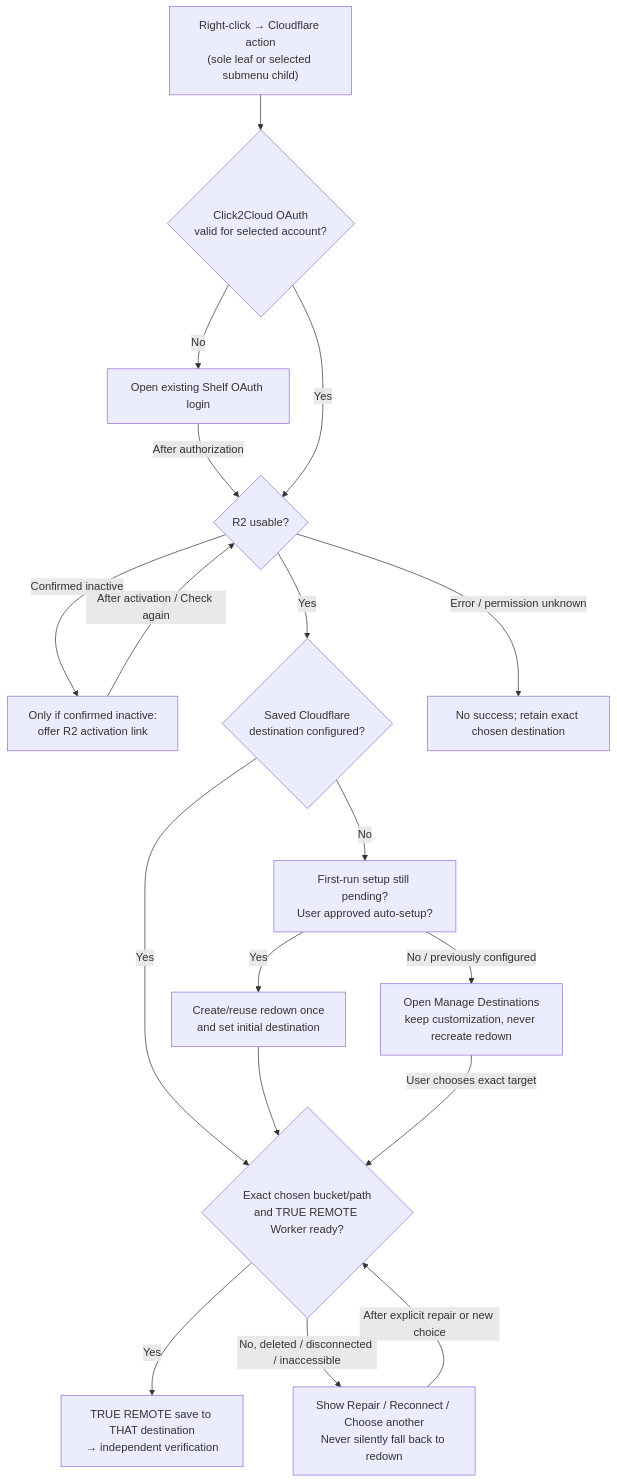
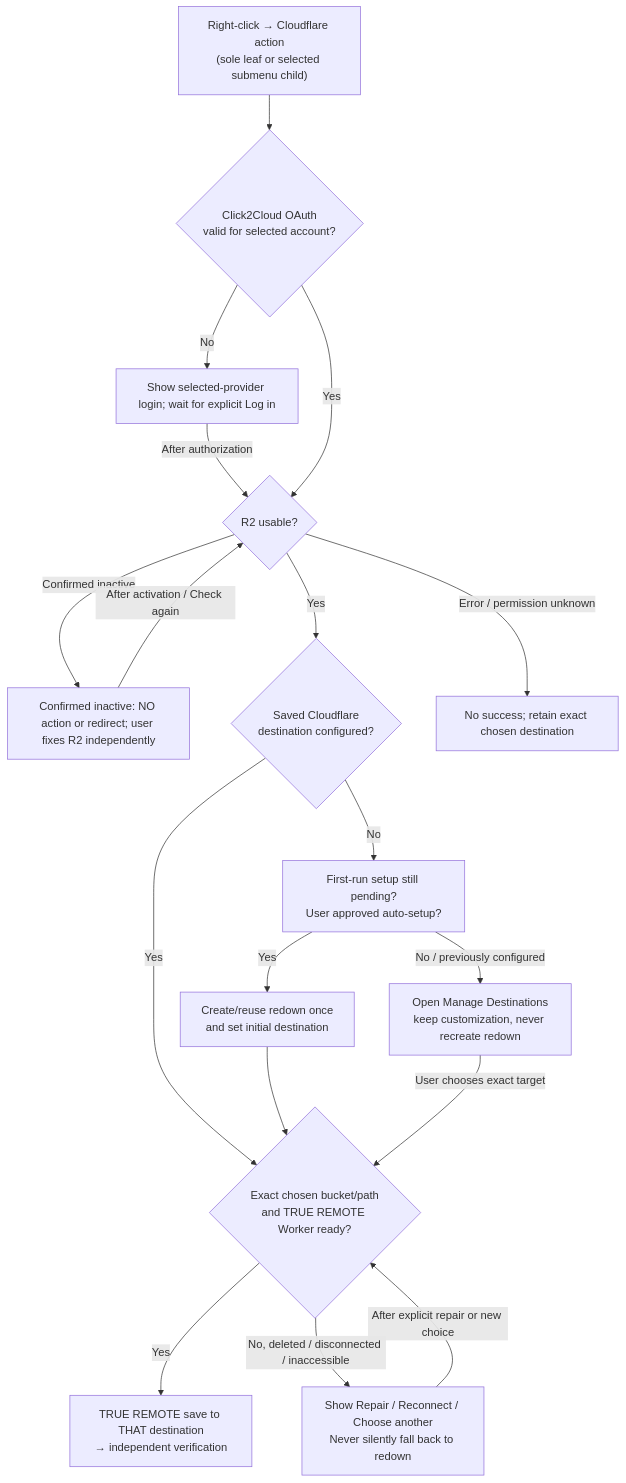
Before and after one commit to thanks-cohn/Click2Cloud: the second of 5 diagrams in foundations/cloudflare/README.md, drawn with Mermaid. The commit also changed other lines of this file, not shown here.

````diff
--- a/foundations/cloudflare/README.md
+++ b/foundations/cloudflare/README.md
@@ -68,34 +70,34 @@
 ```mermaid
 flowchart TD
     A["Right-click → Cloudflare action<br/>(sole leaf or selected submenu child)"]
     B{"Click2Cloud OAuth<br/>valid for selected account?"}
-    C["Open existing Shelf OAuth login"]
+    C["Show selected-provider login; wait for explicit Log in"]
     D{"R2 usable?"}
-    E["Only if confirmed inactive:<br/>offer R2 activation link"]
+    E["Confirmed inactive: NO action or redirect; user fixes R2 independently"]
     F{"Saved Cloudflare<br/>destination configured?"}
     G{"Exact chosen bucket/path<br/>and TRUE REMOTE Worker ready?"}
     H["TRUE REMOTE save to THAT destination<br/>→ independent verification"]
     I["First-run setup still pending?<br/>User approved auto-setup?"]
     J["Create/reuse redown once<br/>and set initial destination"]
     K["Open Manage Destinations<br/>keep customization, never recreate redown"]
     L["Show Repair / Reconnect / Choose another<br/>Never silently fall back to redown"]
     M["No success; retain exact chosen destination"]
 
     A --> B
     B -- "No" --> C
     C -- "After authorization" --> D
     B -- "Yes" --> D
     D -- "Yes" --> F
     D -- "Confirmed inactive" --> E
     E -- "After activation / Check again" --> D
     D -- "Error / permission unknown" --> M
     F -- "Yes" --> G
     F -- "No" --> I
     I -- "Yes" --> J
     I -- "No / previously configured" --> K
     J --> G
     K -- "User chooses exact target" --> G
     G -- "Yes" --> H
     G -- "No, deleted / disconnected / inaccessible" --> L
     L -- "After explicit repair or new choice" --> G
 ```
````
